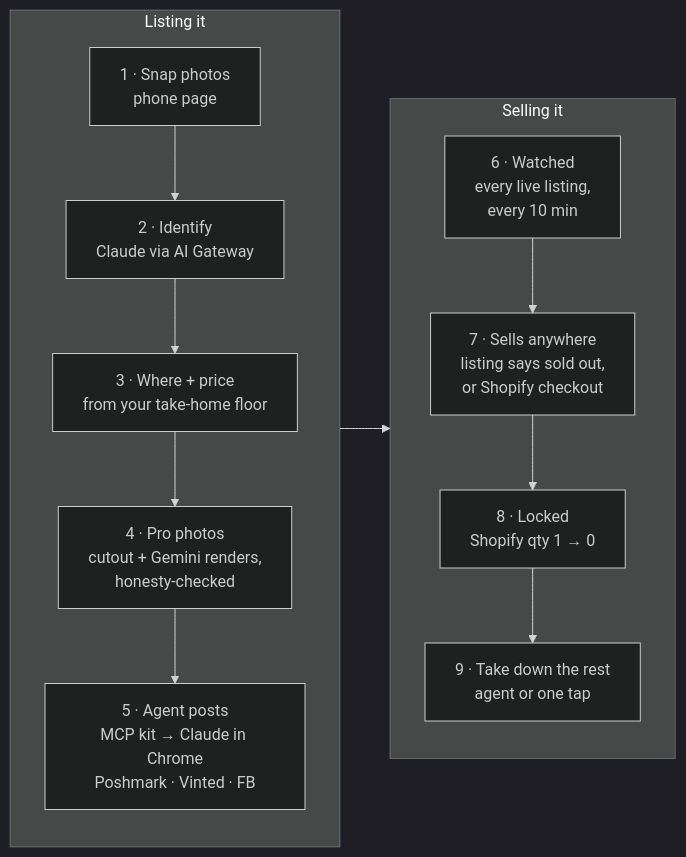
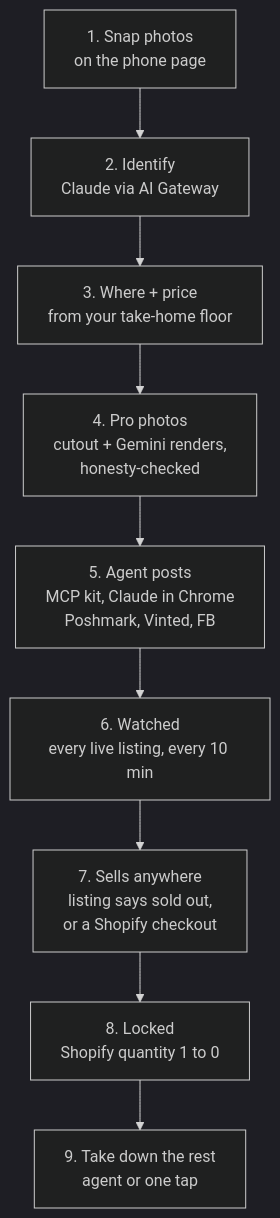
Before and after one commit to yingying-chu/agentic-selling: the first of 2 diagrams in README.md, drawn with Mermaid (dark theme). The commit also changed other lines of this file, not shown here.

Commit message:
README: simplify flow charts so GitHub renders them

````diff
--- a/README.md
+++ b/README.md
@@ -19,17 +19,11 @@
 ```mermaid
-flowchart LR
-    subgraph List["Listing it"]
-        direction TB
-        A["1 · Snap photos<br/>phone page"] --> B["2 · Identify<br/>Claude via AI Gateway"]
-        B --> C["3 · Where + price<br/>from your take-home floor"]
-        C --> D["4 · Pro photos<br/>cutout + Gemini renders,<br/>honesty-checked"]
-        D --> E["5 · Agent posts<br/>MCP kit → Claude in Chrome<br/>Poshmark · Vinted · FB"]
-    end
-    subgraph Sell["Selling it"]
-        direction TB
-        F["6 · Watched<br/>every live listing,<br/>every 10 min"] --> G["7 · Sells anywhere<br/>listing says sold out,<br/>or Shopify checkout"]
-        G --> H["8 · Locked<br/>Shopify qty 1 → 0"]
-        H --> I["9 · Take down the rest<br/>agent or one tap"]
-    end
-    E --> F
+flowchart TD
+    A["1. Snap photos<br/>on the phone page"] --> B["2. Identify<br/>Claude via AI Gateway"]
+    B --> C["3. Where + price<br/>from your take-home floor"]
+    C --> D["4. Pro photos<br/>cutout + Gemini renders,<br/>honesty-checked"]
+    D --> E["5. Agent posts<br/>MCP kit, Claude in Chrome<br/>Poshmark, Vinted, FB"]
+    E --> F["6. Watched<br/>every live listing, every 10 min"]
+    F --> G["7. Sells anywhere<br/>listing says sold out,<br/>or a Shopify checkout"]
+    G --> H["8. Locked<br/>Shopify quantity 1 to 0"]
+    H --> I["9. Take down the rest<br/>agent or one tap"]
 ```
````
